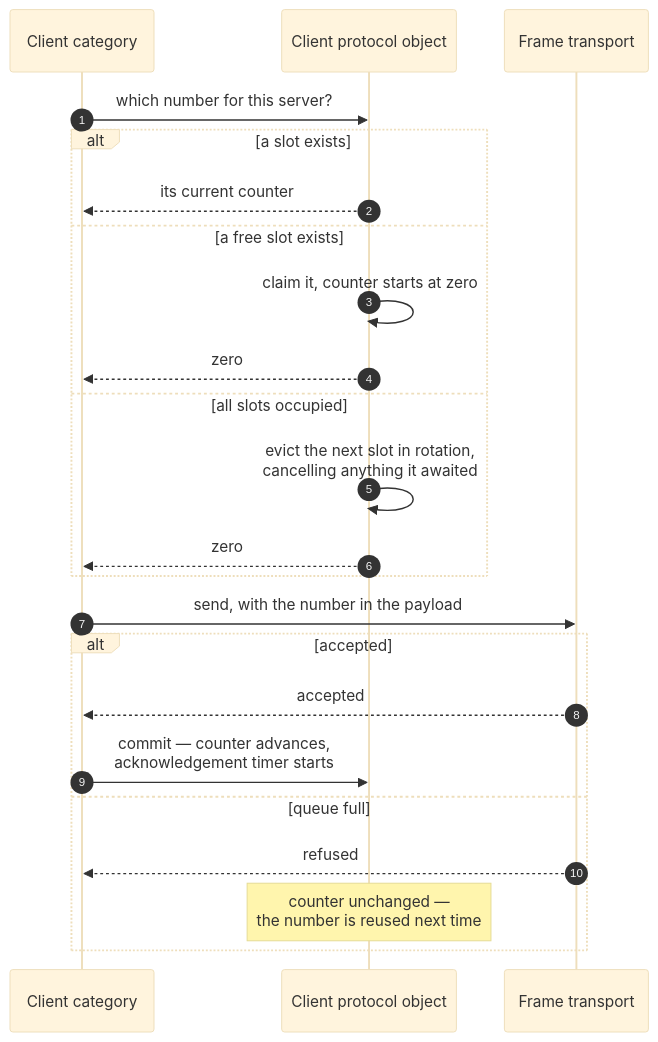
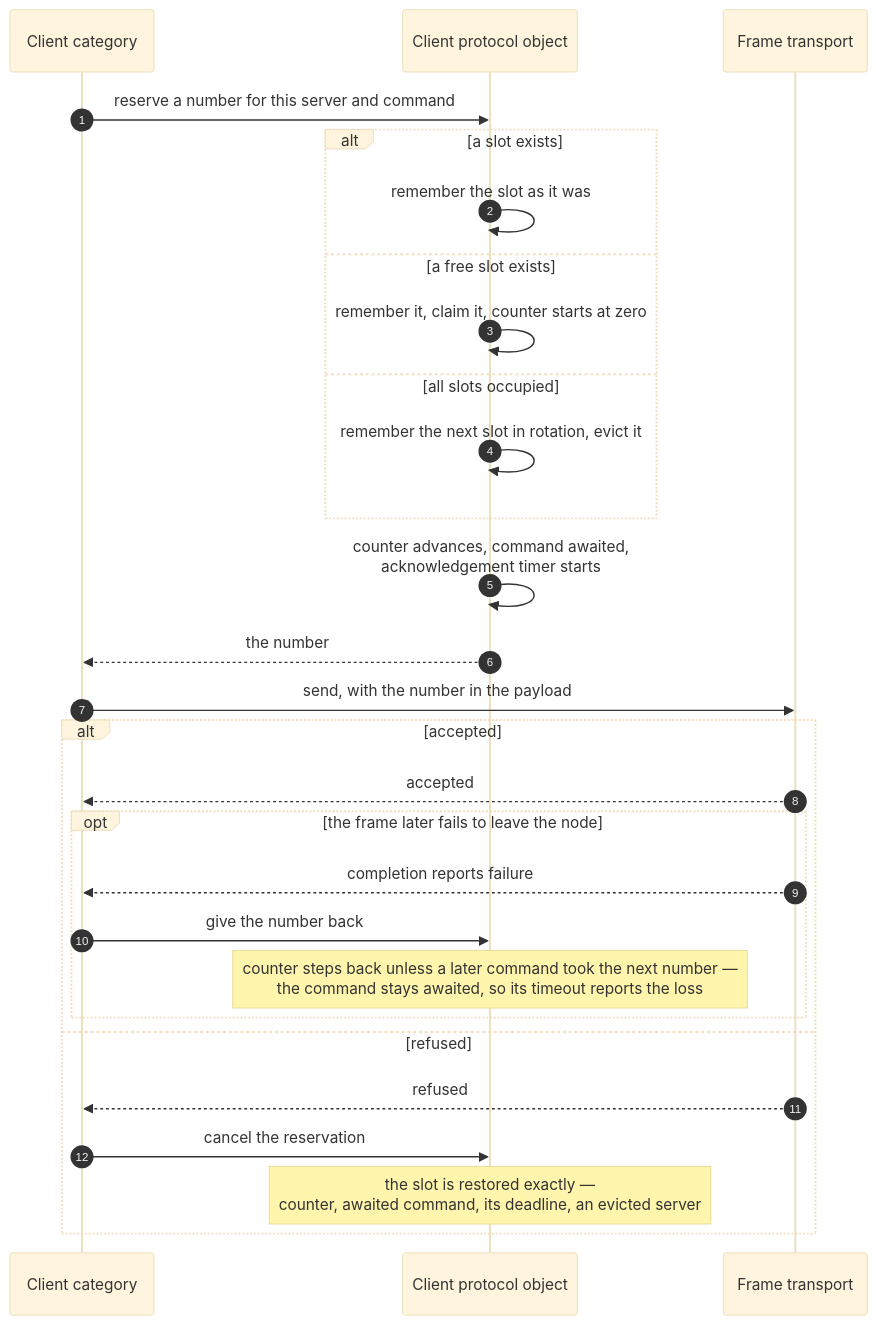
Before and after one commit to embedded-pro/can-lite: the third of 6 diagrams in documents/booklet/07-client-state.md, drawn with Mermaid (base theme). The commit also changed other lines of this file and 20 other files, not shown here.

First line of the commit message:
fix(client)!: consume a command's sequence number only once it is sent (#67)

````diff
--- a/documents/booklet/07-client-state.md
+++ b/documents/booklet/07-client-state.md
@@ -91,27 +91,32 @@
 ```mermaid
 sequenceDiagram
     autonumber
     participant Cat as Client category
     participant Cli as Client protocol object
     participant Tx as Frame transport
 
-    Cat->>Cli: which number for this server?
+    Cat->>Cli: reserve a number for this server and command
     alt a slot exists
-        Cli-->>Cat: its current counter
+        Cli->>Cli: remember the slot as it was
     else a free slot exists
-        Cli->>Cli: claim it, counter starts at zero
-        Cli-->>Cat: zero
+        Cli->>Cli: remember it, claim it, counter starts at zero
     else all slots occupied
-        Cli->>Cli: evict the next slot in rotation,<br/>cancelling anything it awaited
-        Cli-->>Cat: zero
+        Cli->>Cli: remember the next slot in rotation, evict it
     end
+    Cli->>Cli: counter advances, command awaited,<br/>acknowledgement timer starts
+    Cli-->>Cat: the number
 
     Cat->>Tx: send, with the number in the payload
     alt accepted
         Tx-->>Cat: accepted
-        Cat->>Cli: commit — counter advances,<br/>acknowledgement timer starts
-    else queue full
+        opt the frame later fails to leave the node
+            Tx-->>Cat: completion reports failure
+            Cat->>Cli: give the number back
+            Note over Cli: counter steps back unless a later command took the next number —<br/>the command stays awaited, so its timeout reports the loss
+        end
+    else refused
         Tx-->>Cat: refused
-        Note over Cli: counter unchanged —<br/>the number is reused next time
+        Cat->>Cli: cancel the reservation
+        Note over Cli: the slot is restored exactly —<br/>counter, awaited command, its deadline, an evicted server
     end
 ```
````
